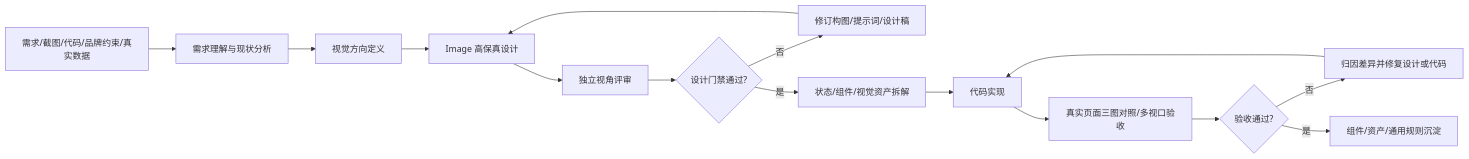
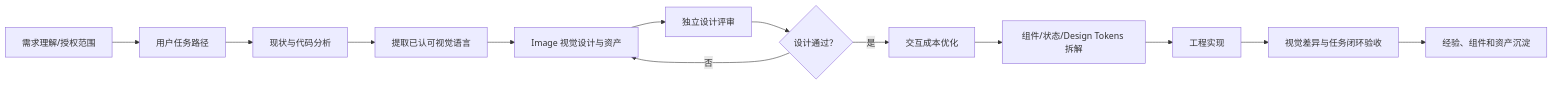
Before and after one commit to wszrw123/frontend-design-studio-skill: the first of 4 diagrams in docs/architecture.md, drawn with Mermaid. The commit also changed other lines of this file and 21 other files, not shown here.

Commit message:
feat: merge image-led design and interaction optimization v1.3.0

````diff
--- a/docs/architecture.md
+++ b/docs/architecture.md
@@ -5,17 +5,15 @@
 ```mermaid
 flowchart LR
-  I["需求/截图/代码/品牌约束/真实数据"] --> U["需求理解与现状分析"]
-  U --> D["视觉方向定义"]
-  D --> G["Image 高保真设计"]
-  G --> R["独立视角评审"]
-  R --> J{"设计门禁通过?"}
-  J -- "否" --> C["修订构图/提示词/设计稿"]
-  C --> G
-  J -- "是" --> A["状态/组件/视觉资产拆解"]
-  A --> P["代码实现"]
-  P --> Q["真实页面三图对照/多视口验收"]
-  Q --> K{"验收通过?"}
-  K -- "否" --> F["归因差异并修复设计或代码"]
-  F --> P
-  K -- "是" --> S["组件/资产/通用规则沉淀"]
+  R["需求理解/授权范围"] --> T["用户任务路径"]
+  T --> S["现状与代码分析"]
+  S --> V["提取已认可视觉语言"]
+  V --> I["Image 视觉设计与资产"]
+  I --> C["独立设计评审"]
+  C --> G{"设计通过？"}
+  G -- "否" --> I
+  G -- "是" --> O["交互成本优化"]
+  O --> D["组件/状态/Design Tokens 拆解"]
+  D --> P["工程实现"]
+  P --> Q["视觉差异与任务闭环验收"]
+  Q --> L["经验、组件和资产沉淀"]
 ```
````
